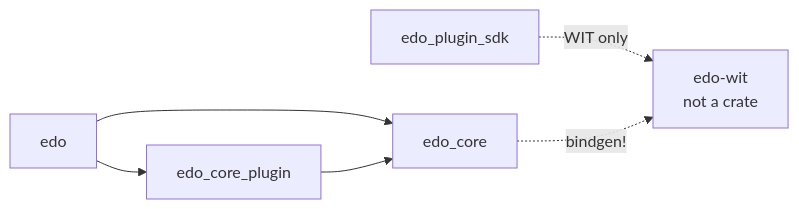
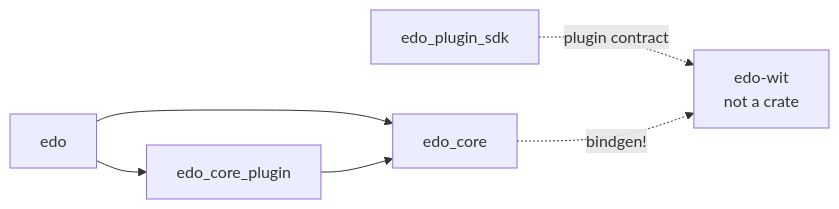
The diagram in .agents/summary/dependencies.md (jmt-lab/edo), drawn with Mermaid before and after one commit. The commit also changed other lines of this file and 12 other files, not shown here.

````diff
--- a/.agents/summary/dependencies.md
+++ b/.agents/summary/dependencies.md
@@ -96,8 +96,8 @@
 ```mermaid
 graph LR
     edo --> edo_core
     edo --> edo_core_plugin
     edo_core_plugin --> edo_core
-    edo_plugin_sdk -.WIT only.-> edo_wit[edo-wit<br/>not a crate]
+    edo_plugin_sdk -.plugin contract.-> edo_wit[edo-wit<br/>not a crate]
     edo_core -.bindgen!.-> edo_wit
 ```
````
